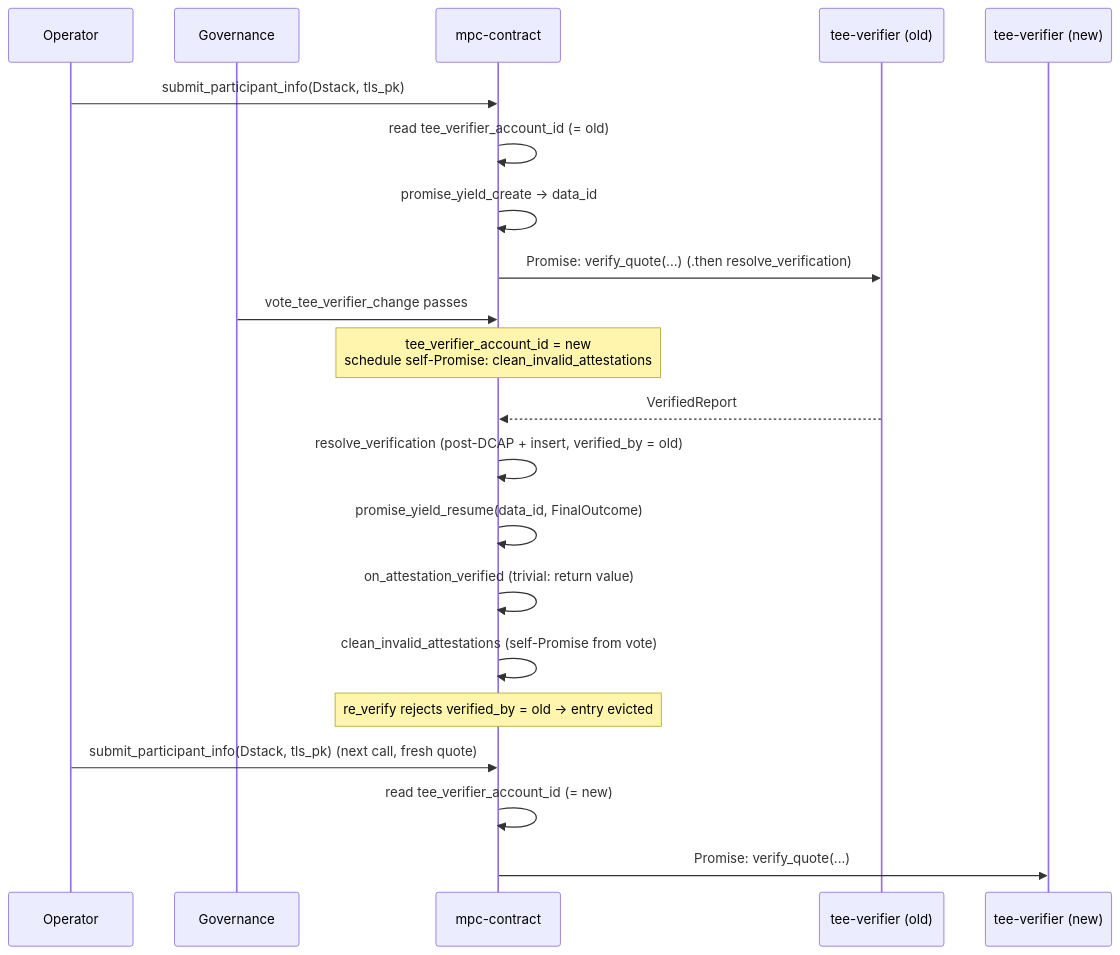
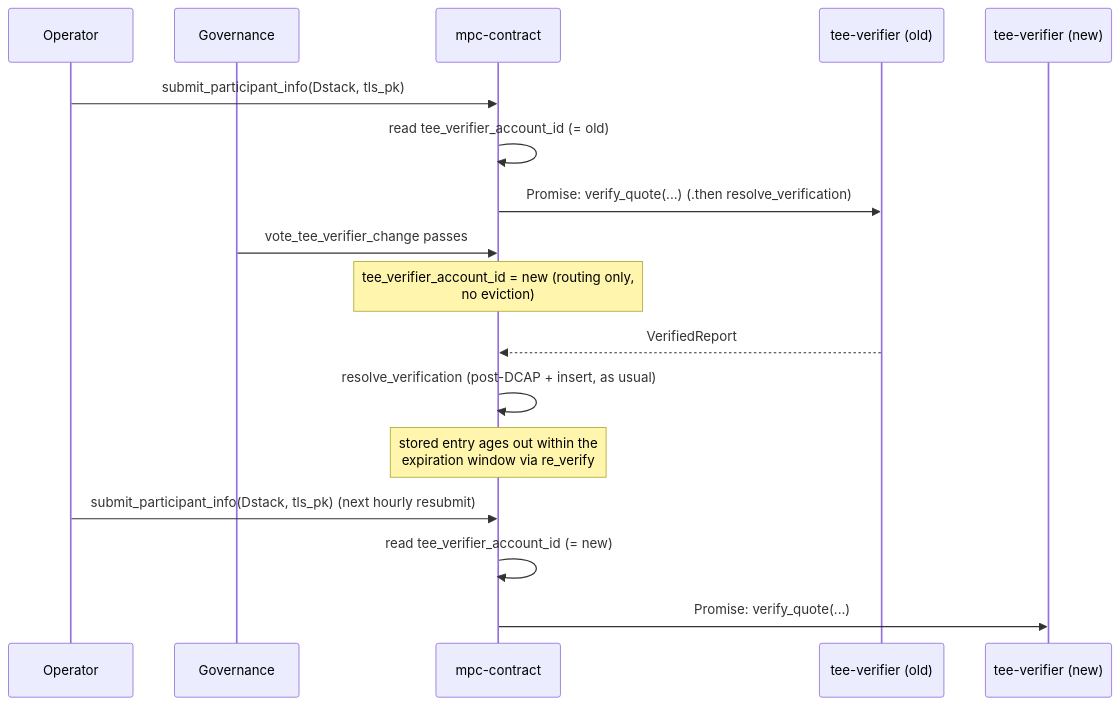
One commit to near/mpc changed the sixth of 6 diagrams in docs/design/attestation-verifier-contract.md. Above: the diagram before and after it, drawn with Mermaid. The commit also changed other lines of this file, not shown here.

First line of the commit message:
docs(design): age out old-verifier attestations instead of mass-evicting

````diff
--- a/docs/design/attestation-verifier-contract.md
+++ b/docs/design/attestation-verifier-contract.md
@@ -338,28 +336,23 @@
 ```mermaid
 sequenceDiagram
     participant Op as Operator
     participant Gov as Governance
     participant MPC as mpc-contract
     participant VerOld as tee-verifier (old)
     participant VerNew as tee-verifier (new)
 
     Op->>MPC: submit_participant_info(Dstack, tls_pk)
     MPC->>MPC: read tee_verifier_account_id (= old)
-    MPC->>MPC: promise_yield_create → data_id
     MPC->>VerOld: Promise: verify_quote(...) (.then resolve_verification)
 
     Gov->>MPC: vote_tee_verifier_change passes
-    Note over MPC: tee_verifier_account_id = new<br/>schedule self-Promise: clean_invalid_attestations
+    Note over MPC: tee_verifier_account_id = new (routing only,<br/>no eviction)
 
     VerOld-->>MPC: VerifiedReport
-    MPC->>MPC: resolve_verification (post-DCAP + insert, verified_by = old)
-    MPC->>MPC: promise_yield_resume(data_id, FinalOutcome)
-    MPC->>MPC: on_attestation_verified (trivial: return value)
+    MPC->>MPC: resolve_verification (post-DCAP + insert, as usual)
+    Note over MPC: stored entry ages out within the<br/>expiration window via re_verify
 
-    MPC->>MPC: clean_invalid_attestations (self-Promise from vote)
-    Note over MPC: re_verify rejects verified_by = old → entry evicted
-
-    Op->>MPC: submit_participant_info(Dstack, tls_pk) (next call, fresh quote)
+    Op->>MPC: submit_participant_info(Dstack, tls_pk) (next hourly resubmit)
     MPC->>MPC: read tee_verifier_account_id (= new)
     MPC->>VerNew: Promise: verify_quote(...)
 ```
````
